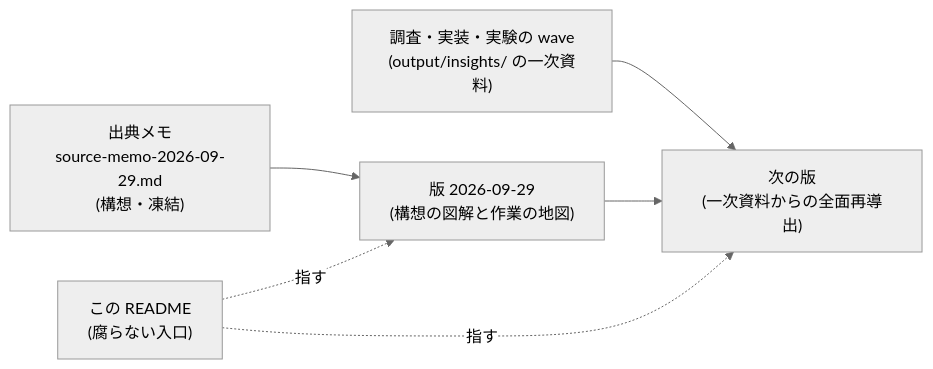
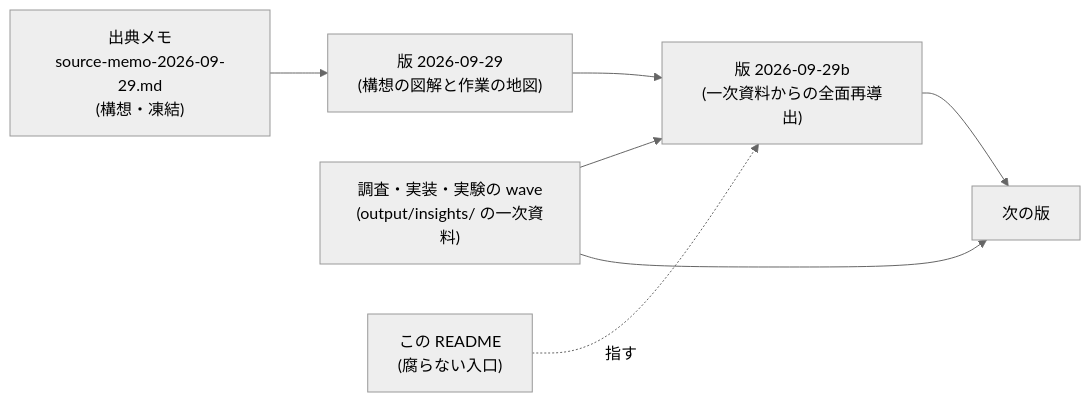
The first of 2 diagrams in docs/paper-story-vhash/README.md (thawk105/izanagi), drawn with Mermaid (neutral theme) before and after one commit. The commit also changed other lines of this file and 2 other files, not shown here.

First line of the commit message:
[T-2880] VHash 論文ストーリーの 2 版目 2026-09-29b.md を一次資料 9 本と評価計画の草稿から図を先に全面再導出する

````diff
--- a/docs/paper-story-vhash/README.md
+++ b/docs/paper-story-vhash/README.md
@@ -7,8 +7,9 @@
 ```mermaid
 flowchart LR
   memo["出典メモ<br/>source-memo-2026-09-29.md<br/>(構想・凍結)"] --> v1["版 2026-09-29<br/>(構想の図解と作業の地図)"]
-  waves["調査・実装・実験の wave<br/>(output/insights/ の一次資料)"] --> vN["次の版<br/>(一次資料からの全面再導出)"]
-  v1 --> vN
-  readme["この README<br/>(腐らない入口)"] -.指す.-> v1
-  readme -.指す.-> vN
+  waves["調査・実装・実験の wave<br/>(output/insights/ の一次資料)"] --> v2["版 2026-09-29b<br/>(一次資料からの全面再導出)"]
+  v1 --> v2
+  v2 --> vN["次の版"]
+  waves --> vN
+  readme["この README<br/>(腐らない入口)"] -.指す.-> v2
 ```
````
